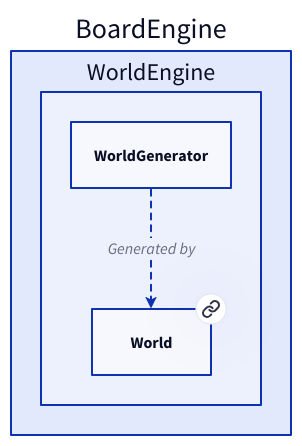
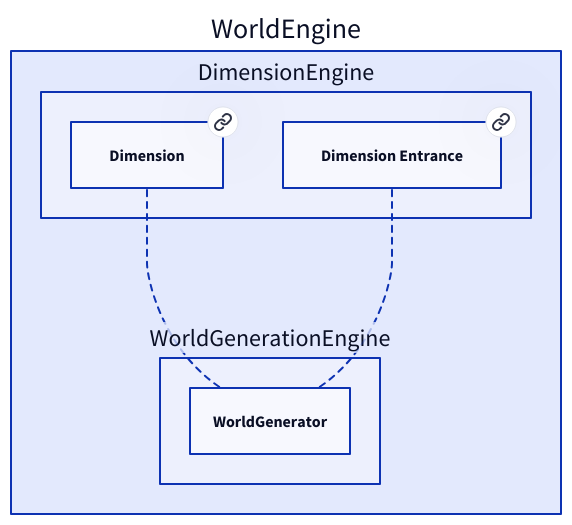
One commit to Portevent/Brume-Documentation changed the diagram in doc/graphs/d2/WorldGenerator.d2. Above: the diagram before and after it, drawn with D2. The commit also changed 226 other files, not shown here.

```diff
--- a/doc/graphs/d2/WorldGenerator.d2
+++ b/doc/graphs/d2/WorldGenerator.d2
@@ -1,14 +1,15 @@
 # Nodes :
-BoardEngine: {
-    WorldEngine: {
-        World: World {
-           link: World
+WorldEngine: {
+    DimensionEngine: {
+        DimensionEntrance: Dimension Entrance {
+           link: DimensionEntrance
+        }
+        Dimension: Dimension {
+           link: Dimension
         }
     }
 }
 
 # Links :
-BoardEngine.WorldEngine.WorldGenerator -> BoardEngine.WorldEngine.World: Generated by {style.stroke-dash: 3
-source-arrowhead: {}
-target-arrowhead: {shape: arrow}
-}
+WorldEngine.DimensionEngine.Dimension -- WorldEngine.WorldGenerationEngine.WorldGenerator: {style.stroke-dash: 3}
+WorldEngine.DimensionEngine.DimensionEntrance -- WorldEngine.WorldGenerationEngine.WorldGenerator: {style.stroke-dash: 3}
```
